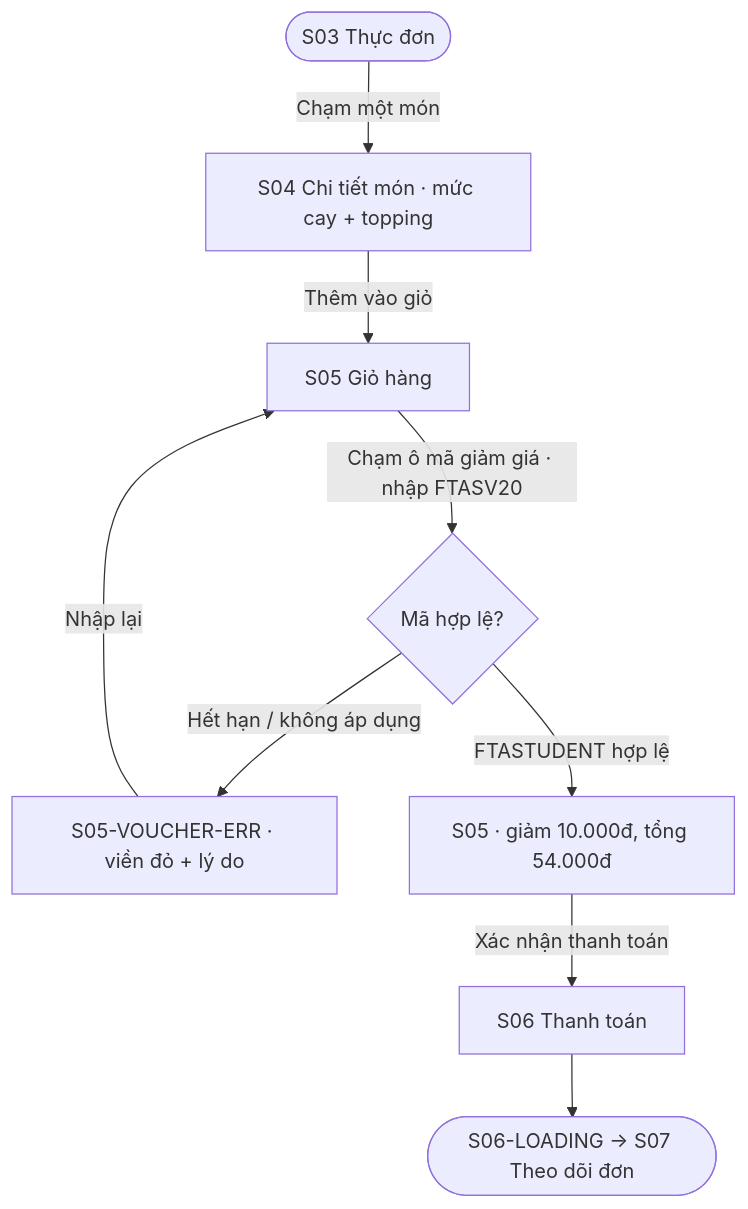
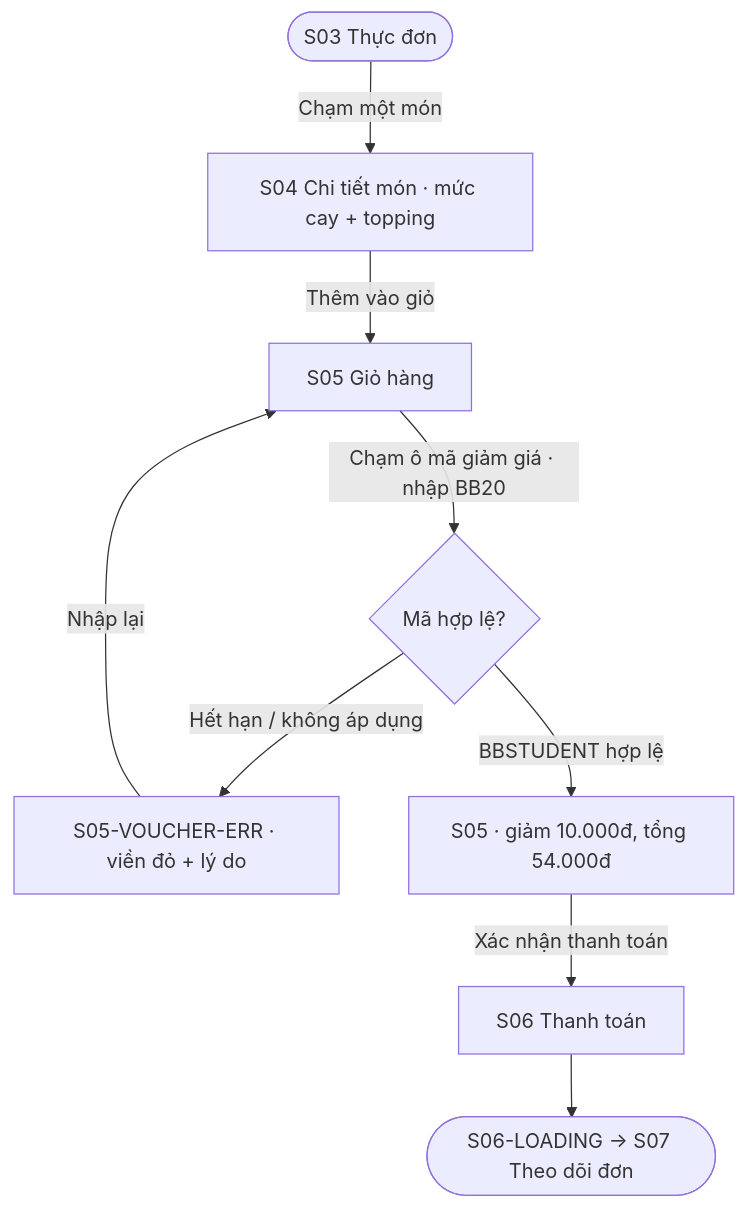
The third of 4 diagrams in ux/user-flow.md (baonv0817/PRM323-Lab2-Group2), drawn with Mermaid before and after one commit. The commit also changed other lines of this file and 42 other files, not shown here.

````diff
--- a/ux/user-flow.md
+++ b/ux/user-flow.md
@@ -128,11 +128,11 @@
 ```mermaid
 flowchart TD
     A([S03 Thực đơn]) -->|Chạm một món| B[S04 Chi tiết món · mức cay + topping]
     B -->|Thêm vào giỏ| C[S05 Giỏ hàng]
-    C -->|Chạm ô mã giảm giá · nhập FTASV20| D{Mã hợp lệ?}
+    C -->|Chạm ô mã giảm giá · nhập BB20| D{Mã hợp lệ?}
     D -->|Hết hạn / không áp dụng| E[S05-VOUCHER-ERR · viền đỏ + lý do]
     E -->|Nhập lại| C
-    D -->|FTASTUDENT hợp lệ| F[S05 · giảm 10.000đ, tổng 54.000đ]
+    D -->|BBSTUDENT hợp lệ| F[S05 · giảm 10.000đ, tổng 54.000đ]
     F -->|Xác nhận thanh toán| G[S06 Thanh toán]
     G --> H([S06-LOADING → S07 Theo dõi đơn])
 ```
````
